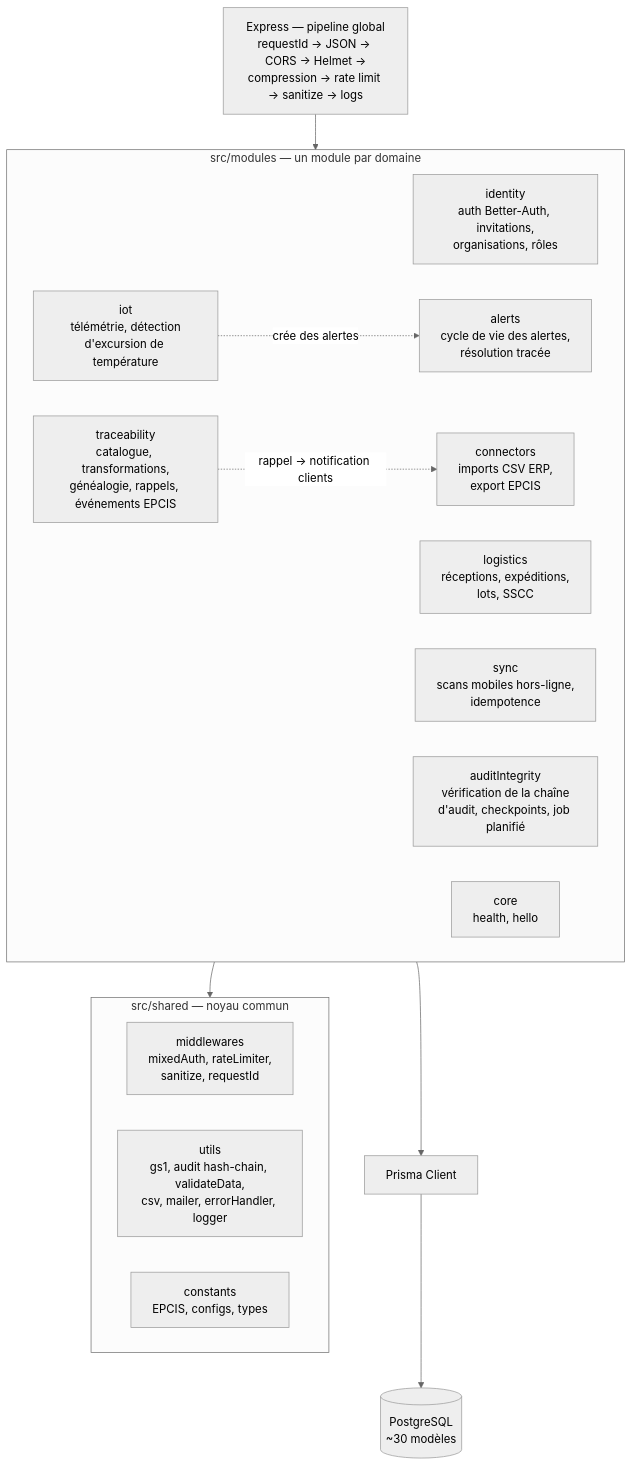
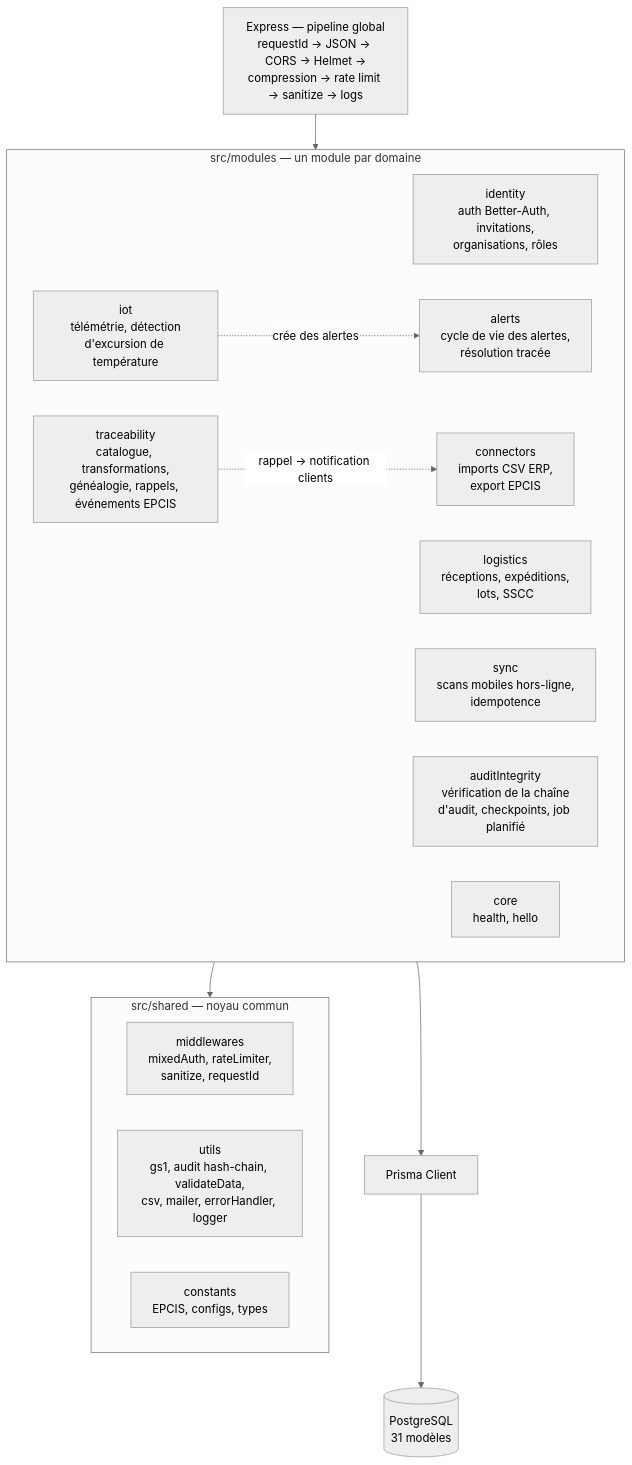
One commit to PaulDelamare/Nutrichain-Api changed the second of 5 diagrams in docs/19_architecture.md. Above: the diagram before and after it, drawn with Mermaid (neutral theme). The commit also changed other lines of this file, not shown here.

Commit message:
docs(architecture): corriger les chiffres après relecture (378 tests, 31 modèles, équipe)

````diff
--- a/docs/19_architecture.md
+++ b/docs/19_architecture.md
@@ -55,33 +55,33 @@
 ```mermaid
 flowchart TB
     HTTP["Express — pipeline global<br/>requestId → JSON → CORS → Helmet →<br/>compression → rate limit → sanitize → logs"]
 
     subgraph Modules["src/modules — un module par domaine"]
         IDENTITY["identity<br/>auth Better-Auth, invitations,<br/>organisations, rôles"]
         TRACE["traceability<br/>catalogue, transformations,<br/>généalogie, rappels, événements EPCIS"]
         LOGI["logistics<br/>réceptions, expéditions,<br/>lots, SSCC"]
         IOTM["iot<br/>télémétrie, détection<br/>d'excursion de température"]
         ALERTS["alerts<br/>cycle de vie des alertes,<br/>résolution tracée"]
         SYNC["sync<br/>scans mobiles hors-ligne,<br/>idempotence"]
         CONN["connectors<br/>imports CSV ERP,<br/>export EPCIS"]
         AUDIT["auditIntegrity<br/>vérification de la chaîne<br/>d'audit, checkpoints, job planifié"]
         CORE["core<br/>health, hello"]
     end
 
     subgraph Shared["src/shared — noyau commun"]
         MW["middlewares<br/>mixedAuth, rateLimiter,<br/>sanitize, requestId"]
         UTILS["utils<br/>gs1, audit hash-chain, validateData,<br/>csv, mailer, errorHandler, logger"]
         CONSTS["constants<br/>EPCIS, configs, types"]
     end
 
     PRISMA["Prisma Client"]
-    DB[("PostgreSQL<br/>~30 modèles")]
+    DB[("PostgreSQL<br/>31 modèles")]
 
     HTTP --> Modules
     Modules --> Shared
     Modules --> PRISMA
     PRISMA --> DB
 
     IOTM -.->|"crée des alertes"| ALERTS
     TRACE -.->|"rappel → notification clients"| CONN
 ```
````
